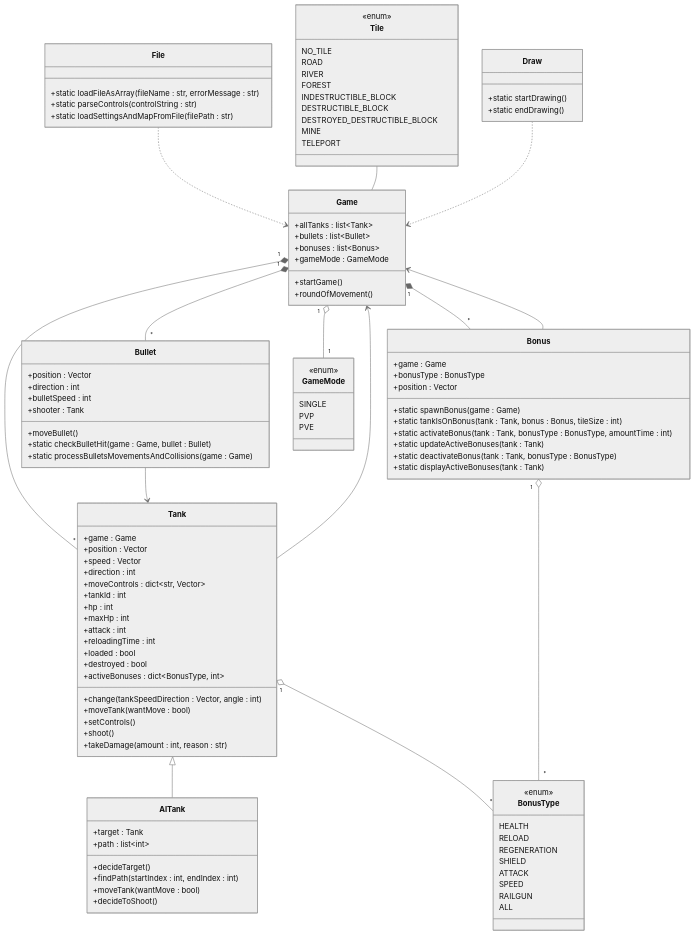
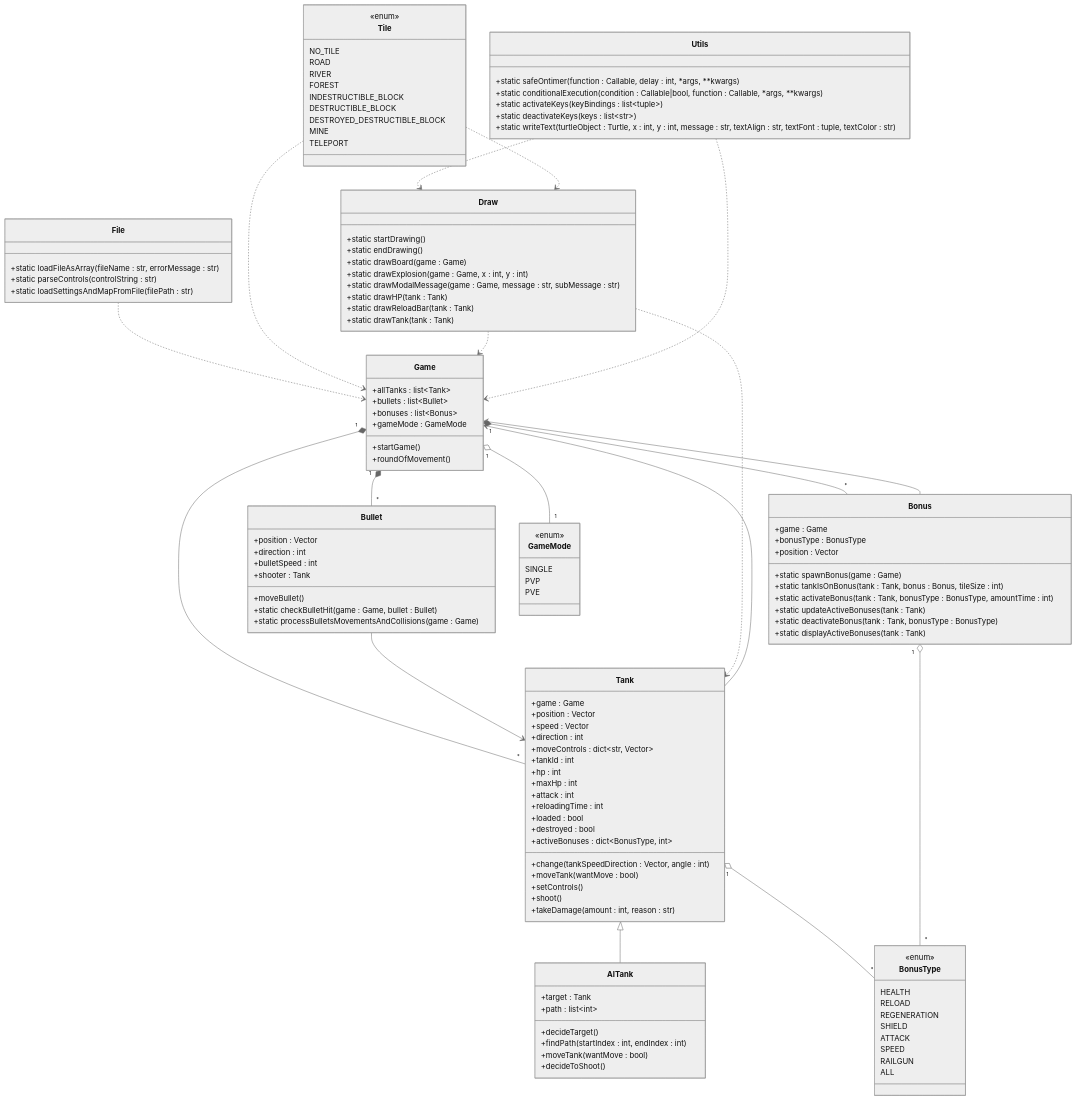
Before and after one commit to rzymski/TanksBattleGame: the second of 3 diagrams in src/freegames/tanksGame/README.md, drawn with Mermaid (neutral theme). The commit also changed other lines of this file and 6 other files, not shown here.

Commit message:
przeniesienie wszelkiego rysowania z Game, Tank do Draw

````diff
--- a/src/freegames/tanksGame/README.md
+++ b/src/freegames/tanksGame/README.md
@@ -303,12 +306,26 @@
     class Draw {
         +static startDrawing()
         +static endDrawing()
+        +static drawBoard(game : Game)
+        +static drawExplosion(game : Game, x : int, y : int)
+        +static drawModalMessage(game : Game, message : str, subMessage : str)
+        +static drawHP(tank : Tank)
+        +static drawReloadBar(tank : Tank)
+        +static drawTank(tank : Tank)
     }
 
     class File {
         +static loadFileAsArray(fileName : str, errorMessage : str)
         +static parseControls(controlString : str)
         +static loadSettingsAndMapFromFile(filePath : str)
+    }
+    
+    class Utils {
+        +static safeOntimer(function : Callable, delay : int, *args, **kwargs)
+        +static conditionalExecution(condition : Callable|bool, function : Callable, *args, **kwargs)
+        +static activateKeys(keyBindings : list~tuple~)
+        +static deactivateKeys(keys : list~str~)
+        +static writeText(turtleObject : Turtle, x : int, y : int, message : str, textAlign : str, textFont : tuple, textColor : str)
     }
 
     class GameMode {
@@ -356,7 +373,10 @@
     Bonus "1" o-- "*" BonusType
 
     File ..> Game
-    Tile -- Game
+    Tile ..> Game
     Draw ..> Game
-
+    Draw ..> Tank
+    Utils ..> Game
+    Utils ..> Draw
+    Tile ..> Draw
 ```
````
